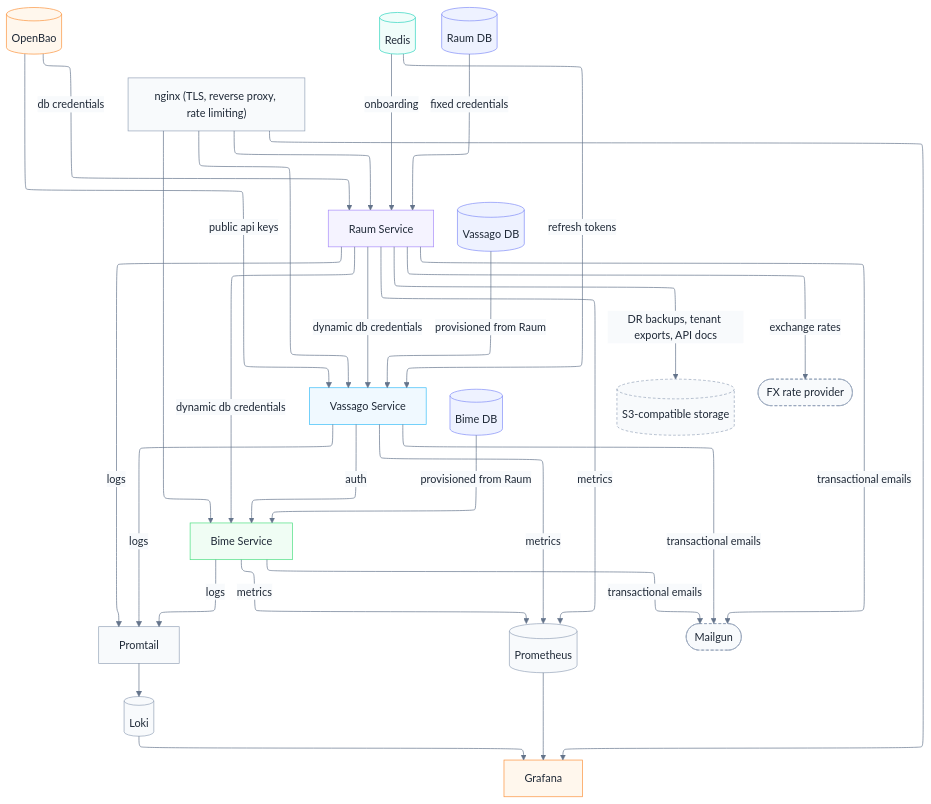
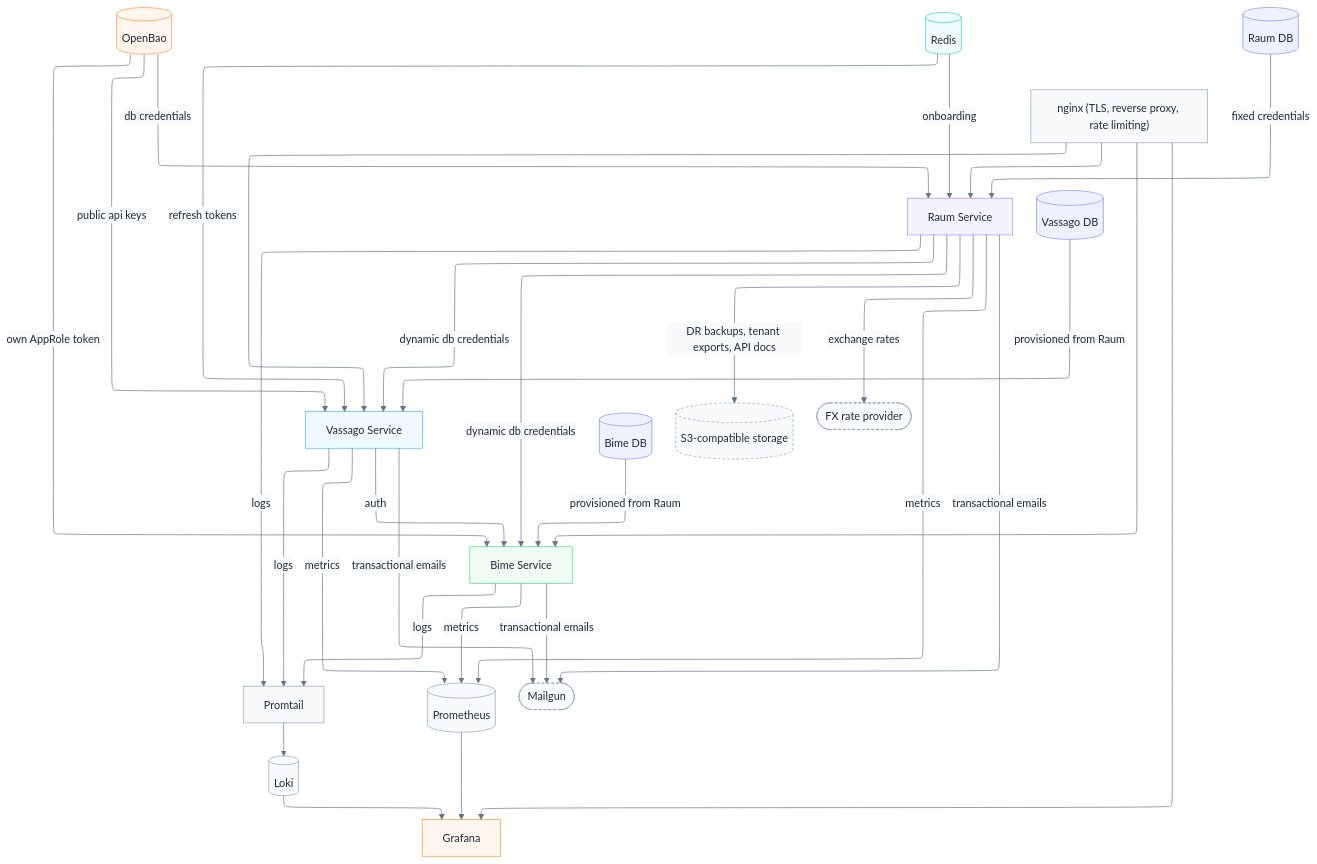
Before and after one commit to gnosticDeveloper/kenoma: the diagram in README.md, drawn with Mermaid. The commit also changed other lines of this file, not shown here.

````diff
--- a/README.md
+++ b/README.md
@@ -151,49 +151,50 @@
 ```mermaid
 ---
 config:
   layout: elk
   theme: base
   themeVariables:
     primaryColor: "#f8fafc"
     primaryTextColor: "#1f2937"
     primaryBorderColor: "#94a3b8"
     lineColor: "#64748b"
     edgeLabelBackground: "#f8fafc"
 ---
 flowchart TB
     Nginx["nginx (TLS, reverse proxy, rate limiting)"] --> Vassago["Vassago Service"] & Bime["Bime Service"] & Raum["Raum Service"] & Grafana["Grafana"]
     OpenBao[("OpenBao")] -- public api keys --> Vassago
     Redis[("Redis")] -- onboarding --> Raum
     Redis -- refresh tokens --> Vassago
     RaumDB[("Raum DB")] -- fixed credentials --> Raum
     Raum -- dynamic db credentials --> Vassago & Bime
     VassagoDB[("Vassago DB")] -- provisioned from Raum --> Vassago
     BimeDB[("Bime DB")] -- provisioned from Raum --> Bime
     Vassago -- auth --> Bime
     OpenBao -- db credentials --> Raum
+    OpenBao -- own AppRole token --> Bime
     Raum & Vassago & Bime -- logs --> Promtail --> Loki[("Loki")] --> Grafana
     Raum & Vassago & Bime -- metrics --> Prometheus[("Prometheus")] --> Grafana
     Raum & Vassago & Bime -- transactional emails --> Mailgun(["Mailgun"])
     Raum -- DR backups, tenant exports, API docs --> BackupStore[("S3-compatible storage")]
     Raum -- exchange rates --> FxProvider(["FX rate provider"])
 
      OpenBao:::orange
      Vassago:::sky
      Redis:::teal
      Raum:::violet
      RaumDB:::indigo
      Bime:::green
      VassagoDB:::indigo
      BimeDB:::indigo
      Grafana:::orange
      Mailgun:::slate
      BackupStore:::slate
      FxProvider:::slate
     classDef orange stroke:#fb923c,fill:#fff7ed,color:#1f2937
     classDef teal stroke:#2dd4bf,fill:#f0fdfa,color:#1f2937
     classDef indigo stroke:#818cf8,fill:#eef2ff,color:#1f2937
     classDef violet stroke:#a78bfa,fill:#f5f3ff,color:#1f2937
     classDef sky stroke:#38bdf8,fill:#f0f9ff,color:#1f2937
     classDef green stroke:#4ade80,fill:#f0fdf4,color:#1f2937
     classDef slate stroke:#94a3b8,fill:#f8fafc,color:#1f2937,stroke-dasharray: 4 3
 ```
````
